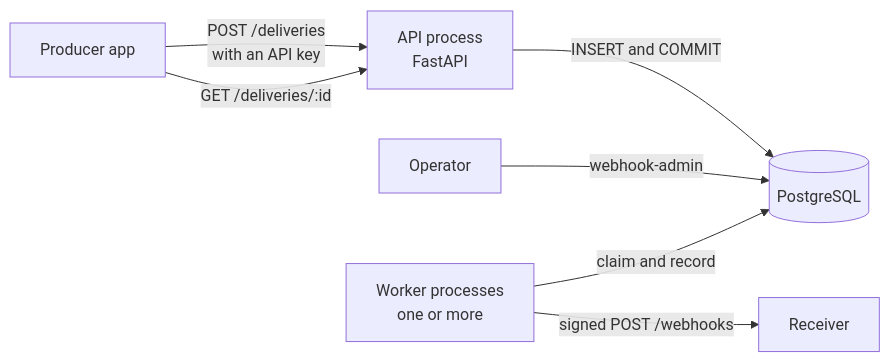
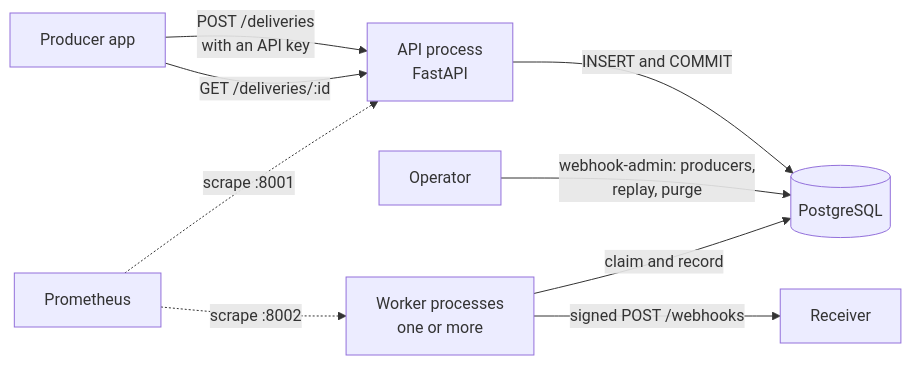
One commit to DucAnhLe1992/webhook-delivery-service changed the first of 9 diagrams in ARCHITECTURE.md. Above: the diagram before and after it, drawn with Mermaid. The commit also changed other lines of this file and 33 other files, not shown here.

````diff
--- a/ARCHITECTURE.md
+++ b/ARCHITECTURE.md
@@ -45,9 +49,11 @@
 ```mermaid
 flowchart LR
     P[Producer app] -->|"POST /deliveries<br/>with an API key"| API[API process<br/>FastAPI]
     P -->|"GET /deliveries/:id"| API
     API -->|"INSERT and COMMIT"| DB[(PostgreSQL)]
-    O[Operator] -->|"webhook-admin"| DB
+    O[Operator] -->|"webhook-admin: producers,<br/>replay, purge"| DB
     W[Worker processes<br/>one or more] -->|"claim and record"| DB
     W -->|"signed POST /webhooks"| R[Receiver]
+    PR[Prometheus] -.->|"scrape :8001"| API
+    PR -.->|"scrape :8002"| W
 ```
````
